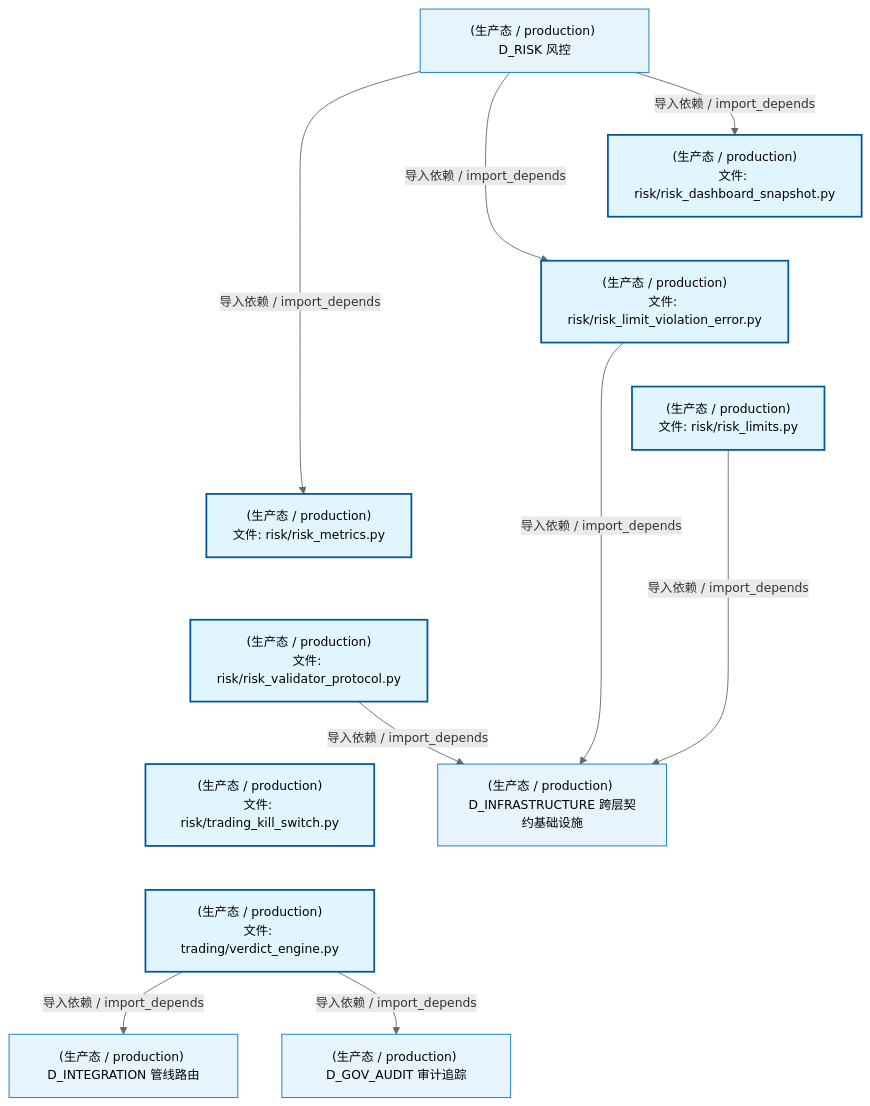
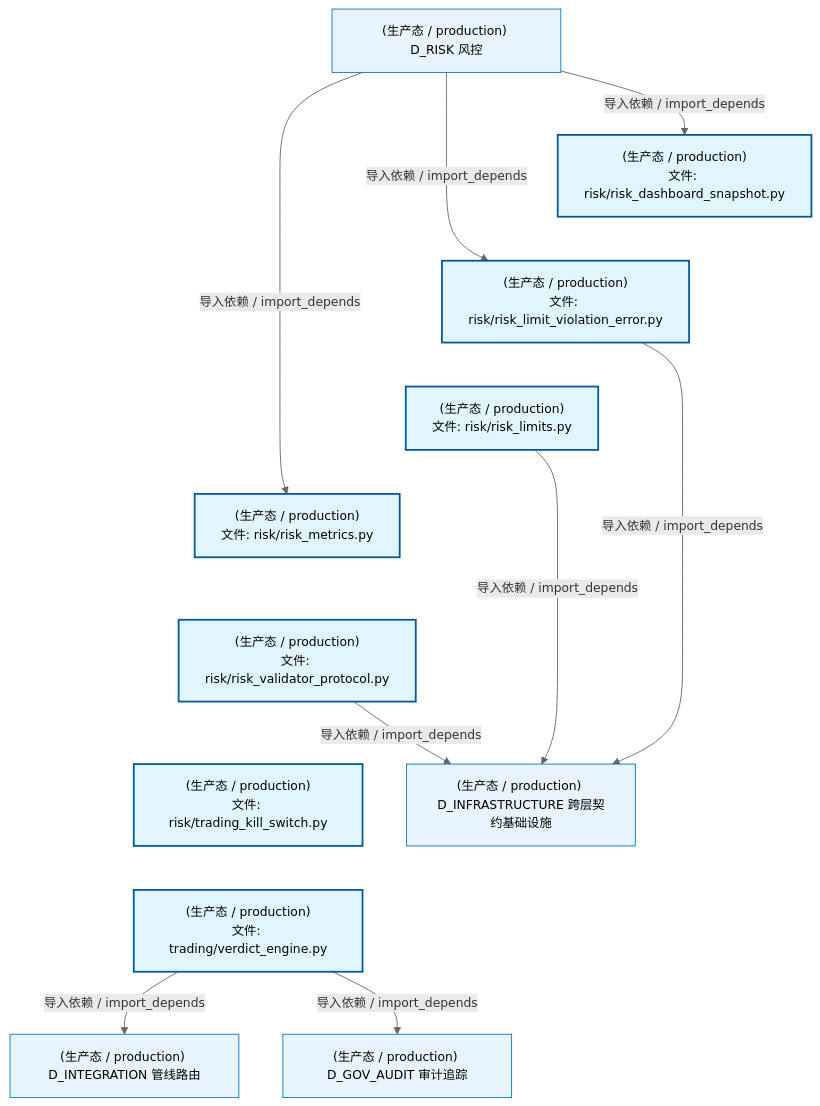
One commit to xuanFelixVan/ZephyrAlpha changed the second of 4 diagrams in docs/02_enterprise_architecture/02_domain_architecture_docs/72_d_trading.md. Above: the diagram before and after it, drawn with Mermaid. The commit also changed other lines of this file and 47 other files, not shown here.

````diff
--- a/docs/02_enterprise_architecture/02_domain_architecture_docs/72_d_trading.md
+++ b/docs/02_enterprise_architecture/02_domain_architecture_docs/72_d_trading.md
@@ -221,35 +221,35 @@
 ```mermaid
 %%{init: {'theme': 'base', 'themeVariables': {'primaryColor': '#eaeaea', 'primaryTextColor': '#333333', 'primaryBorderColor': '#666666', 'lineColor': '#666666', 'secondaryColor': '#eaeaea', 'tertiaryColor': '#eaeaea', 'fontSize': '14px'}}}%%
 flowchart TD
     src_zephyr_trading_trading_contracts_risk_risk_dashboard_snapshot_py["(生产态 / production)<br/>文件: risk/risk_dashboard_snapshot.py"]
     src_zephyr_trading_trading_contracts_risk_risk_limit_violation_error_py["(生产态 / production)<br/>文件: risk/risk_limit_violation_error.py"]
     src_zephyr_trading_trading_contracts_risk_risk_limits_py["(生产态 / production)<br/>文件: risk/risk_limits.py"]
     src_zephyr_trading_trading_contracts_risk_risk_metrics_py["(生产态 / production)<br/>文件: risk/risk_metrics.py"]
     src_zephyr_trading_trading_contracts_risk_risk_validator_protocol_py["(生产态 / production)<br/>文件: risk/risk_validator_protocol.py"]
     src_zephyr_trading_trading_contracts_risk_trading_kill_switch_py["(生产态 / production)<br/>文件: risk/trading_kill_switch.py"]
     src_zephyr_trading_verdict_engine_py["(生产态 / production)<br/>文件: trading/verdict_engine.py"]
     src_zephyr_trading_trading_contracts_risk_risk_dashboard_snapshot_py ~~~ src_zephyr_trading_trading_contracts_risk_risk_limit_violation_error_py
     src_zephyr_trading_trading_contracts_risk_risk_limit_violation_error_py ~~~ src_zephyr_trading_trading_contracts_risk_risk_limits_py
     src_zephyr_trading_trading_contracts_risk_risk_limits_py ~~~ src_zephyr_trading_trading_contracts_risk_risk_metrics_py
     src_zephyr_trading_trading_contracts_risk_risk_metrics_py ~~~ src_zephyr_trading_trading_contracts_risk_risk_validator_protocol_py
     src_zephyr_trading_trading_contracts_risk_risk_validator_protocol_py ~~~ src_zephyr_trading_trading_contracts_risk_trading_kill_switch_py
     src_zephyr_trading_trading_contracts_risk_trading_kill_switch_py ~~~ src_zephyr_trading_verdict_engine_py
     D_INFRASTRUCTURE["(生产态 / production) D_INFRASTRUCTURE 跨层契约基础设施"]
     src_zephyr_trading_trading_contracts_risk_risk_limits_py -->|导入依赖 / import_depends| D_INFRASTRUCTURE
     src_zephyr_trading_trading_contracts_risk_risk_limit_violation_error_py -->|导入依赖 / import_depends| D_INFRASTRUCTURE
     D_INTEGRATION["(生产态 / production) D_INTEGRATION 管线路由"]
     src_zephyr_trading_verdict_engine_py -->|导入依赖 / import_depends| D_INTEGRATION
     src_zephyr_trading_trading_contracts_risk_risk_validator_protocol_py -->|导入依赖 / import_depends| D_INFRASTRUCTURE
     D_GOV_AUDIT["(生产态 / production) D_GOV_AUDIT 审计追踪"]
     src_zephyr_trading_verdict_engine_py -->|导入依赖 / import_depends| D_GOV_AUDIT
     D_RISK["(生产态 / production) D_RISK 风控"]
+    D_RISK -->|导入依赖 / import_depends| src_zephyr_trading_trading_contracts_risk_risk_metrics_py
     D_RISK -->|导入依赖 / import_depends| src_zephyr_trading_trading_contracts_risk_risk_limit_violation_error_py
     D_RISK -->|导入依赖 / import_depends| src_zephyr_trading_trading_contracts_risk_risk_dashboard_snapshot_py
-    D_RISK -->|导入依赖 / import_depends| src_zephyr_trading_trading_contracts_risk_risk_metrics_py
     classDef production fill:#e1f5fe,stroke:#01579b,stroke-width:2px,color:#000
     classDef design fill:#fff3e0,stroke:#e65100,stroke-width:2px,color:#000,stroke-dasharray: 5 5
     classDef external_prod fill:#e8f4fd,stroke:#0277bd,stroke-width:1px,color:#000
     classDef external_design fill:#fff8e7,stroke:#ef6c00,stroke-width:1px,color:#000,stroke-dasharray: 5 5
     class src_zephyr_trading_trading_contracts_risk_risk_dashboard_snapshot_py,src_zephyr_trading_trading_contracts_risk_risk_limit_violation_error_py,src_zephyr_trading_trading_contracts_risk_risk_limits_py,src_zephyr_trading_trading_contracts_risk_risk_metrics_py,src_zephyr_trading_trading_contracts_risk_risk_validator_protocol_py,src_zephyr_trading_trading_contracts_risk_trading_kill_switch_py,src_zephyr_trading_verdict_engine_py production
     class D_INFRASTRUCTURE,D_INTEGRATION,D_GOV_AUDIT,D_RISK external_prod
 ```
````
